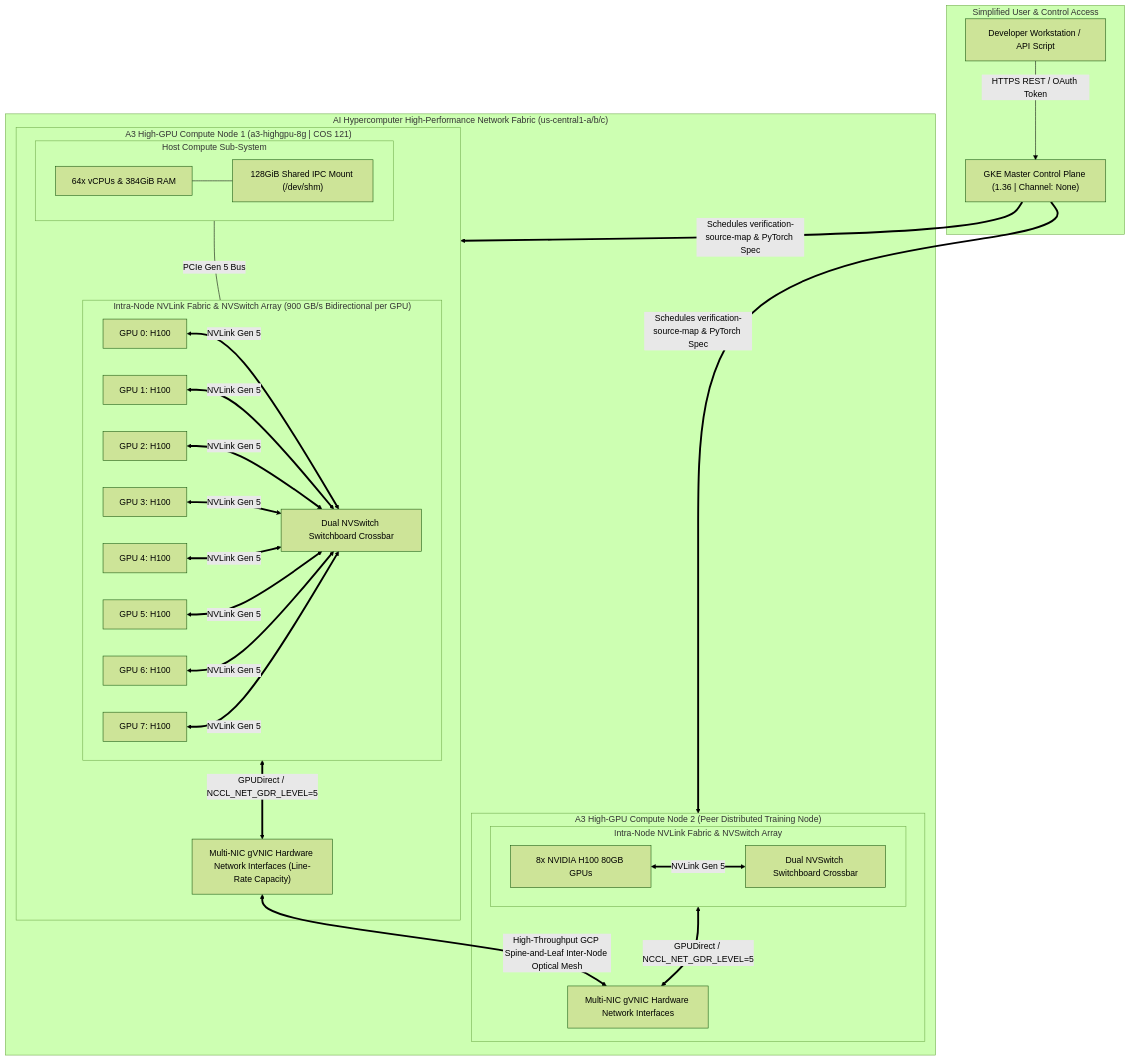
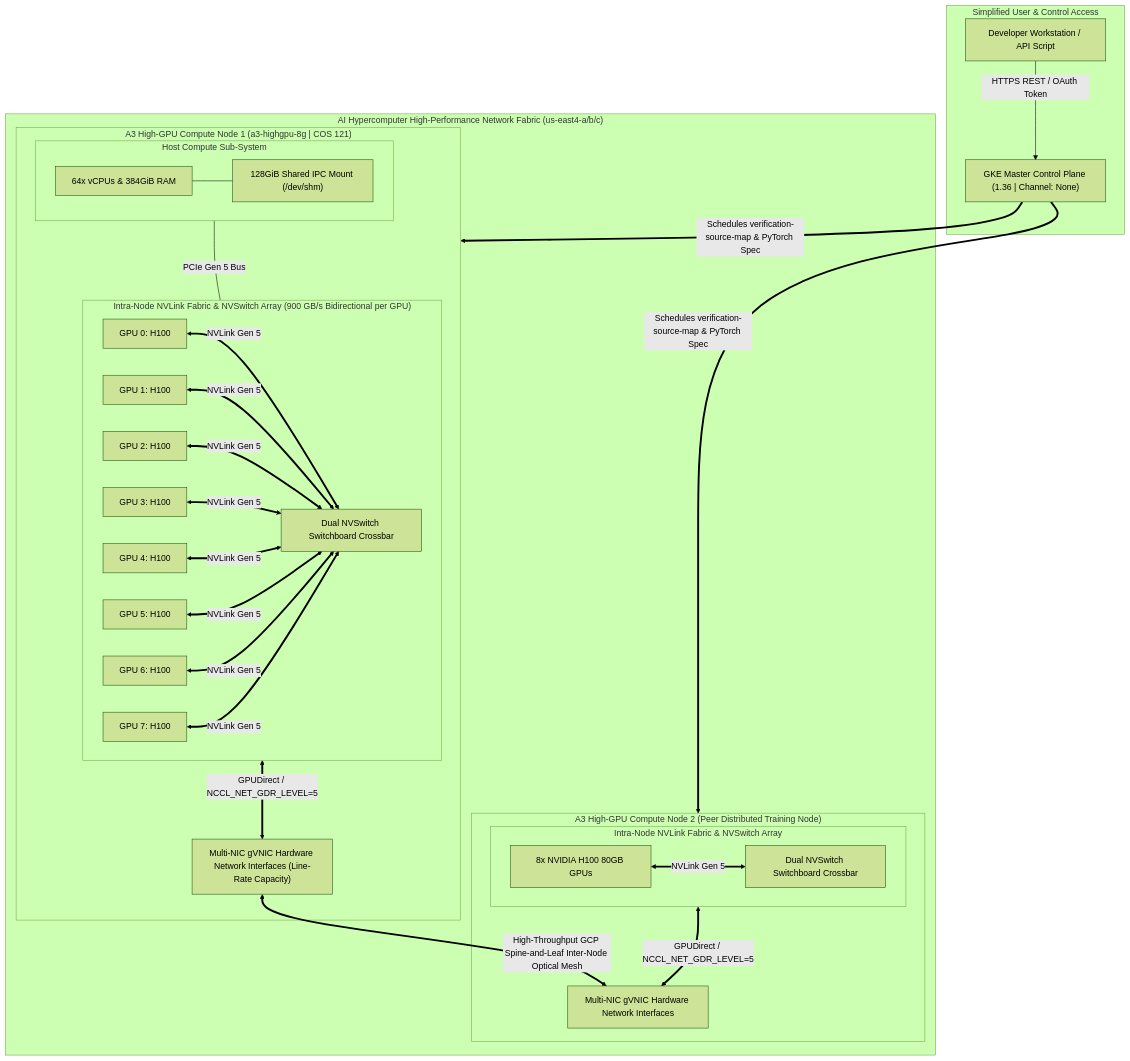
Before and after one commit to elideng-sg/hypercomputer-training-jobs: the first of 4 diagrams in ARCHITECTURE.md, drawn with Mermaid (forest theme). The commit also changed other lines of this file and 5 other files, not shown here.

````diff
--- a/ARCHITECTURE.md
+++ b/ARCHITECTURE.md
@@ -11,35 +11,35 @@
 ```mermaid
 graph TB
     subgraph Access ["Simplified User & Control Access"]
         Client["Developer Workstation / API Script"] -->|HTTPS REST / OAuth Token| CP["GKE Master Control Plane (1.36 | Channel: None)"]
     end
 
-    subgraph ClusterMesh ["AI Hypercomputer High-Performance Network Fabric (us-central1-a/b/c)"]
+    subgraph ClusterMesh ["AI Hypercomputer High-Performance Network Fabric (us-east4-a/b/c)"]
         subgraph Node1 ["A3 High-GPU Compute Node 1 (a3-highgpu-8g | COS 121)"]
             subgraph Host1 ["Host Compute Sub-System"]
                 CPU1["64x vCPUs & 384GiB RAM"] --- SHM1["128GiB Shared IPC Mount (/dev/shm)"]
             end
             
             subgraph NVLink_Mesh1 ["Intra-Node NVLink Fabric & NVSwitch Array (900 GB/s Bidirectional per GPU)"]
                 G0_1["GPU 0: H100"] & G1_1["GPU 1: H100"] & G2_1["GPU 2: H100"] & G3_1["GPU 3: H100"] <==>|NVLink Gen 5| NVS1["Dual NVSwitch Switchboard Crossbar"]
                 G4_1["GPU 4: H100"] & G5_1["GPU 5: H100"] & G6_1["GPU 6: H100"] & G7_1["GPU 7: H100"] <==>|NVLink Gen 5| NVS1
             end
 
             NIC1["Multi-NIC gVNIC Hardware Network Interfaces (Line-Rate Capacity)"]
             Host1 ---|PCIe Gen 5 Bus| NVLink_Mesh1
             NVLink_Mesh1 <==>|GPUDirect / NCCL_NET_GDR_LEVEL=5| NIC1
         end
 
         subgraph Node2 ["A3 High-GPU Compute Node 2 (Peer Distributed Training Node)"]
             subgraph NVLink_Mesh2 ["Intra-Node NVLink Fabric & NVSwitch Array"]
                 G_Array2["8x NVIDIA H100 80GB GPUs"] <==>|NVLink Gen 5| NVS2["Dual NVSwitch Switchboard Crossbar"]
             end
             NIC2["Multi-NIC gVNIC Hardware Network Interfaces"]
             NVLink_Mesh2 <==>|GPUDirect / NCCL_NET_GDR_LEVEL=5| NIC2
         end
 
         NIC1 <==>|High-Throughput GCP Spine-and-Leaf Inter-Node Optical Mesh| NIC2
     end
 
     CP ==>|Schedules verification-source-map & PyTorch Spec| Node1 & Node2
 ```
````
